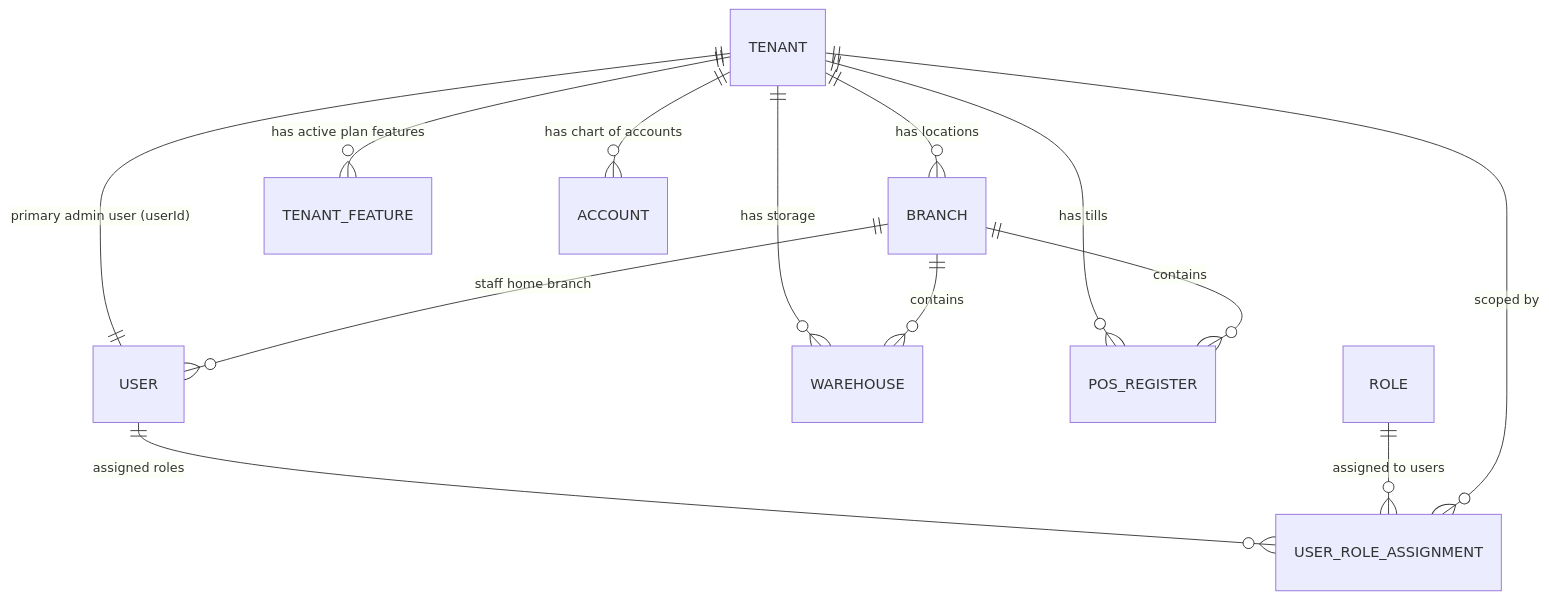
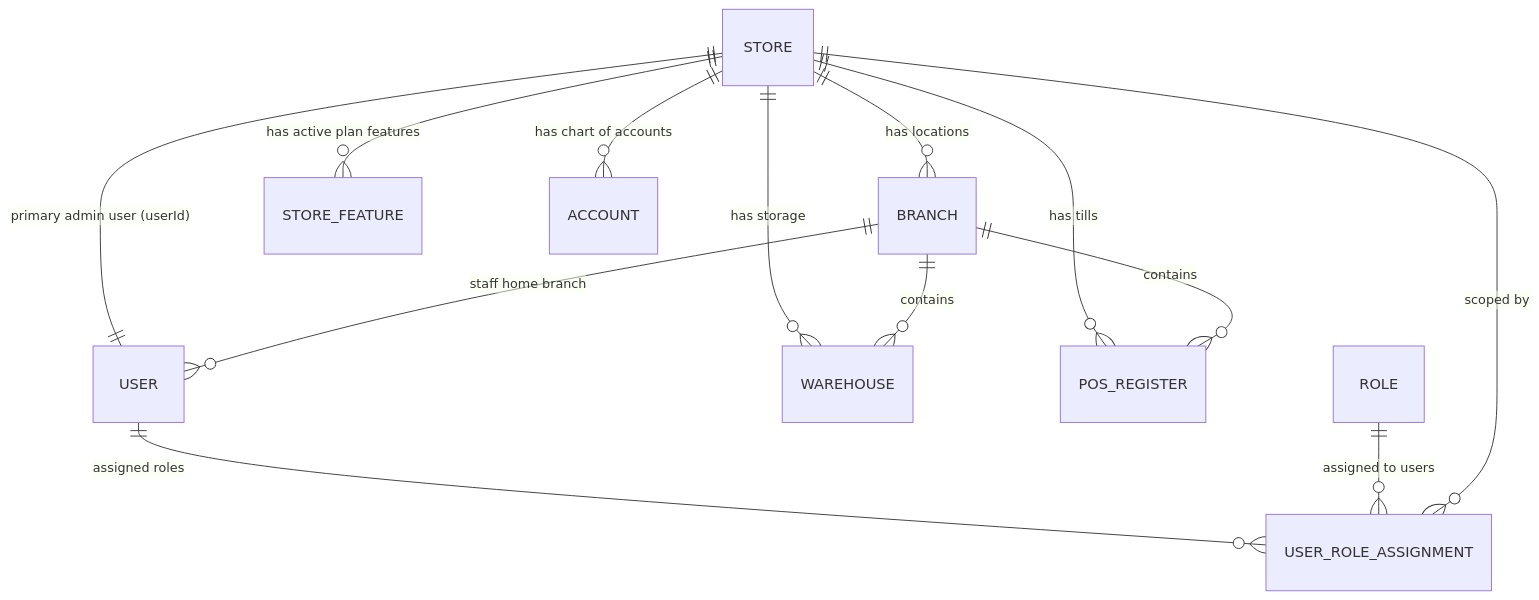
One commit to gowtamkumar/eCommerce-multi-store-saas-erp changed the diagram in doc/developer/onboarding_data_flow.md. Above: the diagram before and after it, drawn with Mermaid. The commit also changed other lines of this file and 764 other files, not shown here.

````diff
--- a/doc/developer/onboarding_data_flow.md
+++ b/doc/developer/onboarding_data_flow.md
@@ -51,17 +51,17 @@
 ```mermaid
 erDiagram
-    TENANT ||--|| USER : "primary admin user (userId)"
-    TENANT ||--o{ BRANCH : "has locations"
-    TENANT ||--o{ WAREHOUSE : "has storage"
-    TENANT ||--o{ POS_REGISTER : "has tills"
-    TENANT ||--o{ TENANT_FEATURE : "has active plan features"
-    TENANT ||--o{ ACCOUNT : "has chart of accounts"
+    STORE ||--|| USER : "primary admin user (userId)"
+    STORE ||--o{ BRANCH : "has locations"
+    STORE ||--o{ WAREHOUSE : "has storage"
+    STORE ||--o{ POS_REGISTER : "has tills"
+    STORE ||--o{ STORE_FEATURE : "has active plan features"
+    STORE ||--o{ ACCOUNT : "has chart of accounts"
     
     BRANCH ||--o{ WAREHOUSE : "contains"
     BRANCH ||--o{ POS_REGISTER : "contains"
     BRANCH ||--o{ USER : "staff home branch"
     
     USER ||--o{ USER_ROLE_ASSIGNMENT : "assigned roles"
     ROLE ||--o{ USER_ROLE_ASSIGNMENT : "assigned to users"
-    TENANT ||--o{ USER_ROLE_ASSIGNMENT : "scoped by"
+    STORE ||--o{ USER_ROLE_ASSIGNMENT : "scoped by"
 ```
````
